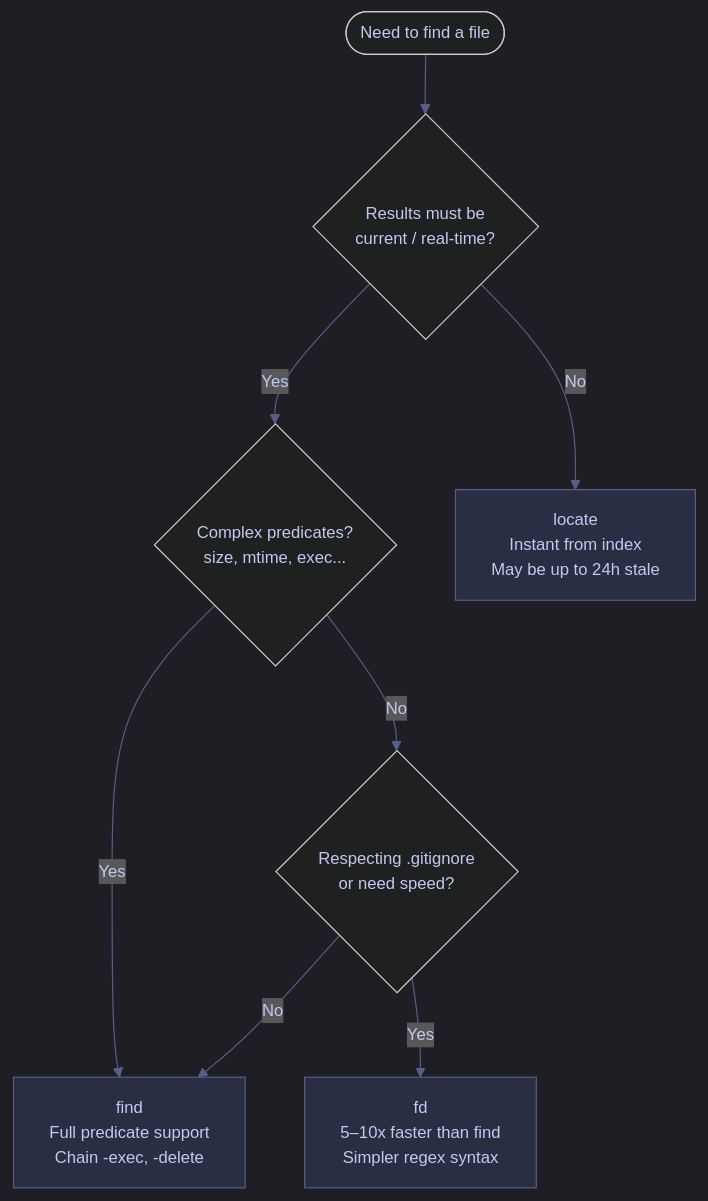
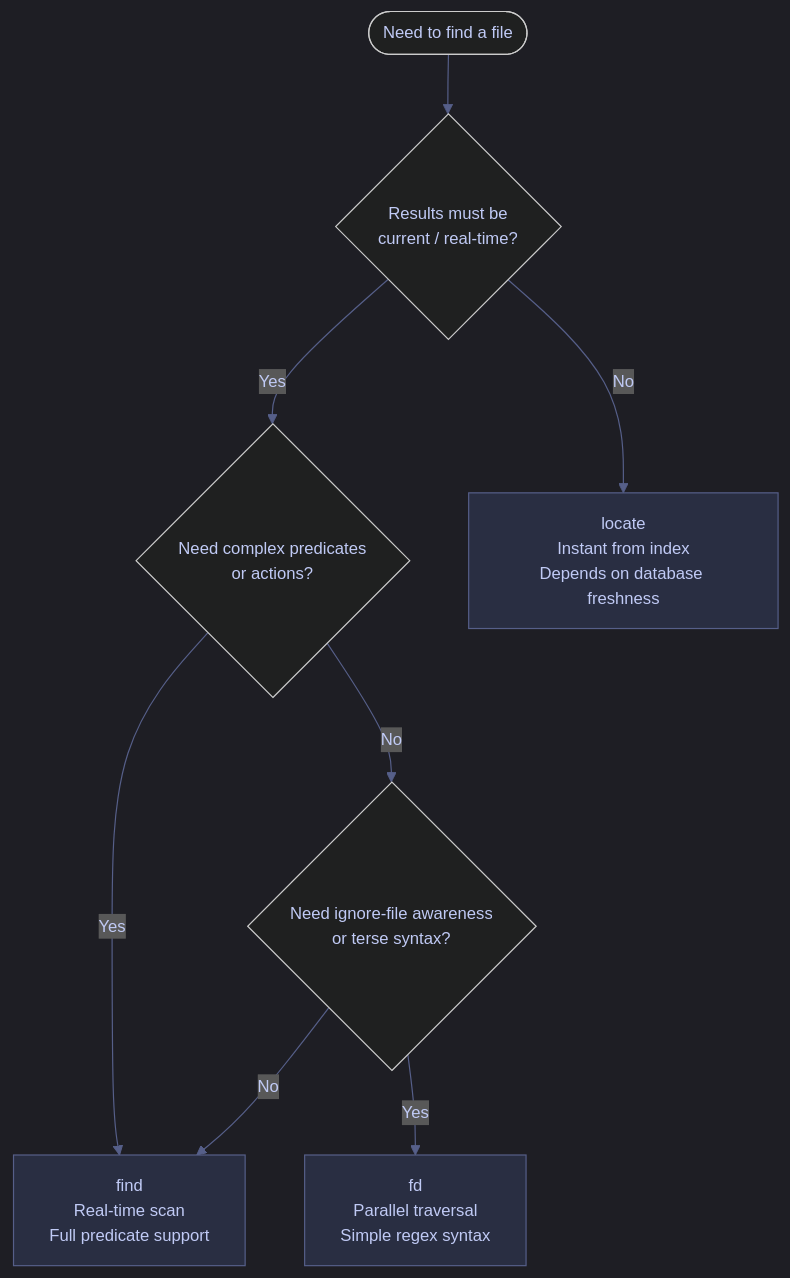
The diagram in content/01-Shell/02-File-Operations/03-finding-files.md (alp78/elysium), drawn with Mermaid before and after one commit. The commit also changed other lines of this file and 46 other files, not shown here.

````diff
--- a/content/01-Shell/02-File-Operations/03-finding-files.md
+++ b/content/01-Shell/02-File-Operations/03-finding-files.md
@@ -550,26 +574,26 @@
 ```mermaid
 %%{init: {'theme': 'dark', 'themeVariables': {
   'primaryColor': '#292e42',
   'primaryTextColor': '#c0caf5',
   'primaryBorderColor': '#565f89',
   'lineColor': '#565f89',
   'secondaryColor': '#1a1b26',
   'tertiaryColor': '#24283b',
   'noteTextColor': '#c0caf5',
   'noteBkgColor': '#292e42',
   'textColor': '#c0caf5',
   'fontSize': '14px'
 }}}%%
 flowchart TD
     A([Need to find a file]) --> B{Results must be<br>current / real-time?}
-    B -- Yes --> C{Complex predicates?<br>size, mtime, exec...}
-    B -- No --> D[locate<br>Instant from index<br>May be up to 24h stale]
-    C -- Yes --> E[find<br>Full predicate support<br>Chain -exec, -delete]
-    C -- No --> F{Respecting .gitignore<br>or need speed?}
-    F -- Yes --> G[fd<br>5–10x faster than find<br>Simpler regex syntax]
+    B -- Yes --> C{Need complex predicates<br>or actions?}
+    B -- No --> D[locate<br>Instant from index<br>Depends on database freshness]
+    C -- Yes --> E[find<br>Real-time scan<br>Full predicate support]
+    C -- No --> F{Need ignore-file awareness<br>or terse syntax?}
+    F -- Yes --> G[fd<br>Parallel traversal<br>Simple regex syntax]
     F -- No --> E
 
     style D fill:#292e42,stroke:#565f89
     style E fill:#292e42,stroke:#565f89
     style G fill:#292e42,stroke:#565f89
 ```
````
